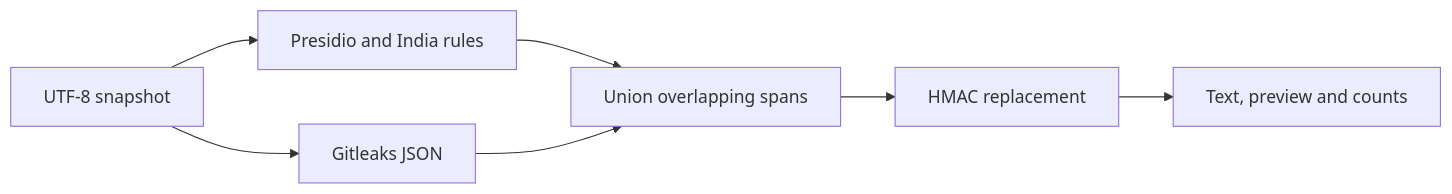
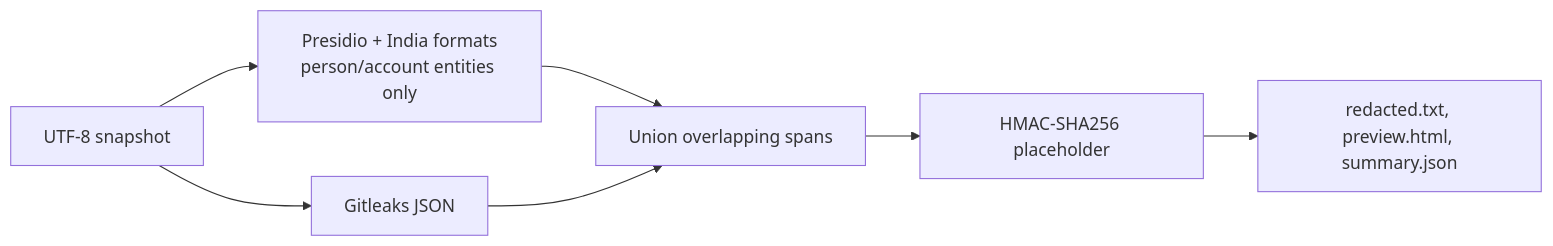
One commit to Kanak234/redacted-log-bundle changed the diagram in README.md. Above: the diagram before and after it, drawn with Mermaid. The commit also changed other lines of this file and 10 other files, not shown here.

````diff
--- a/README.md
+++ b/README.md
@@ -14,9 +24,9 @@
 ```mermaid
 flowchart LR
- A[UTF-8 snapshot] --> B[Presidio and India rules]
+ A[UTF-8 snapshot] --> B[Presidio + India formats<br/>person/account entities only]
  A --> C[Gitleaks JSON]
  B --> D[Union overlapping spans]
  C --> D
- D --> E[HMAC replacement]
- E --> F[Text, preview and counts]
+ D --> E[HMAC-SHA256 placeholder]
+ E --> F[redacted.txt, preview.html, summary.json]
 ```
````
